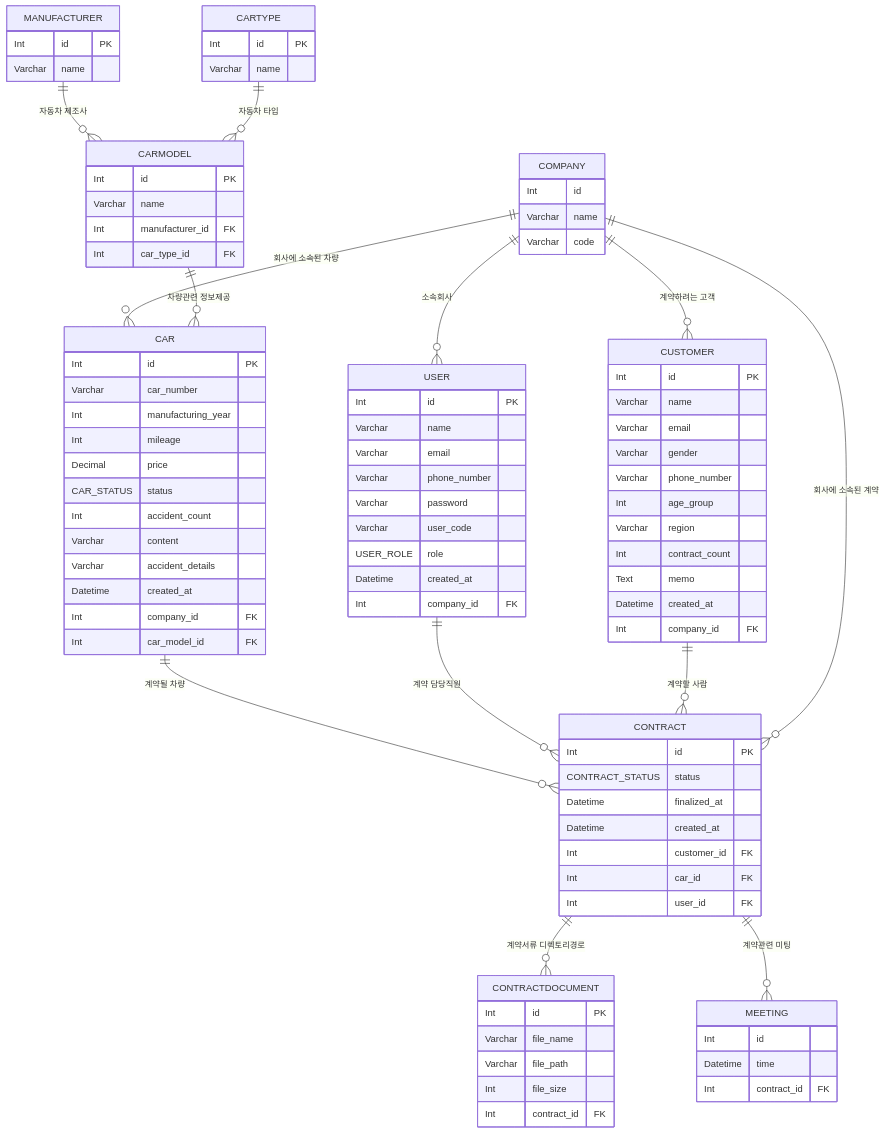
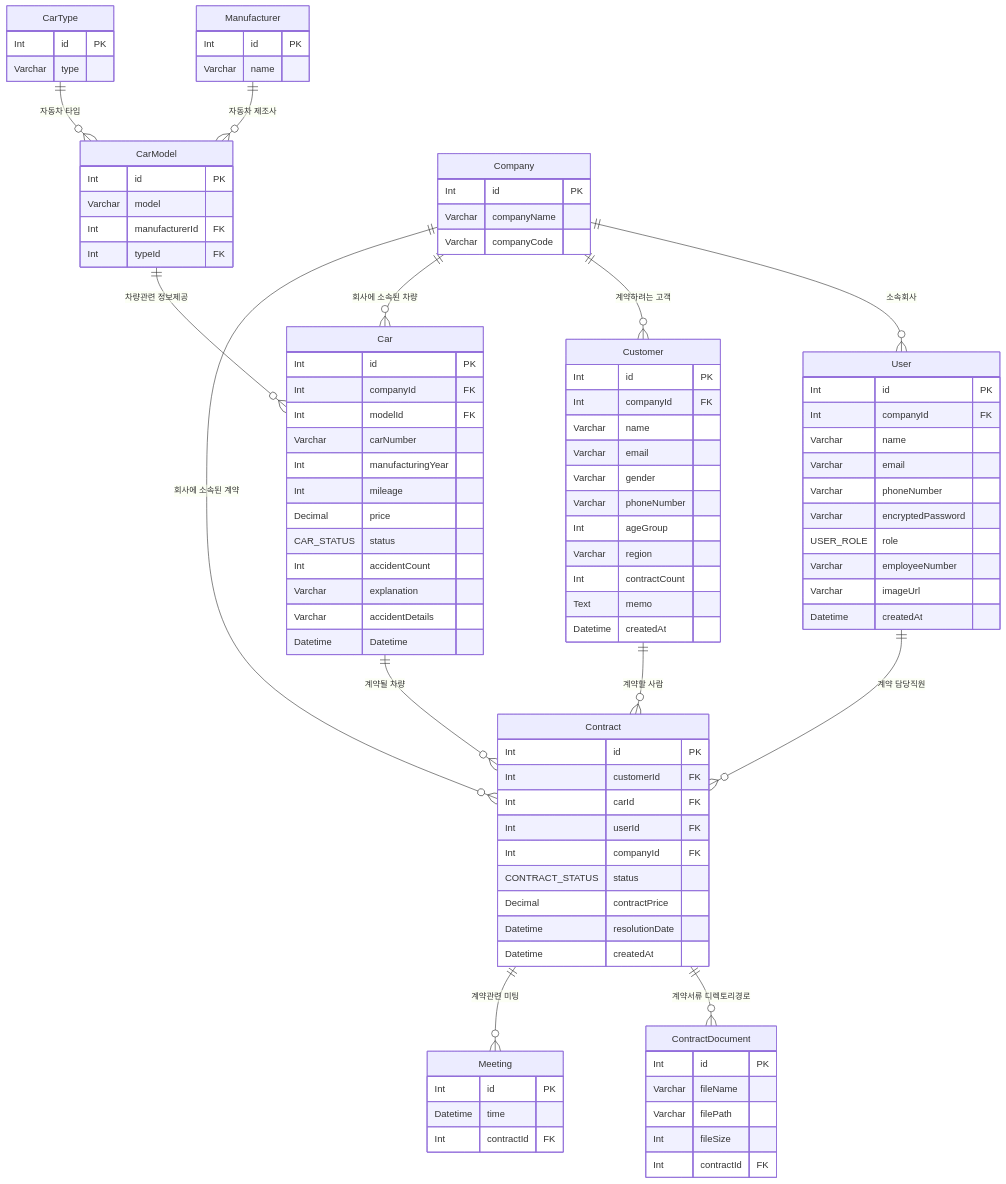
The diagram in README.md (NB-1-DearCarmate/1-DearCarmate-3), drawn with Mermaid before and after one commit. The commit also changed 7 other files, not shown here.

````diff
--- a/README.md
+++ b/README.md
@@ -1,110 +1,107 @@
 ```mermaid
 erDiagram
-USER {
+User {
   Int id PK
+  Int companyId FK
   Varchar name
   Varchar email
-  Varchar phone_number
-  Varchar password
-  Varchar user_code
+  Varchar phoneNumber
+  Varchar encryptedPassword
   USER_ROLE role
-  Datetime created_at
-  Int company_id FK
+  Varchar employeeNumber
+  Varchar imageUrl
+  Datetime createdAt
 }
-%% ENUM TYPE: USER_ROLE
-%% VALUES: ADMIN, OWNER, EMPLOYEE
 
-CUSTOMER{
+Customer {
   Int id PK
+  Int companyId FK
   Varchar name
   Varchar email
   Varchar gender
-  Varchar phone_number
-  Int age_group
+  Varchar phoneNumber
+  Int ageGroup
   Varchar region
-  Int contract_count
+  Int contractCount
   Text memo
-  Datetime created_at
-  Int company_id FK
+  Datetime createdAt
 }
 
-CAR{
+Car {
   Int id PK
-  Varchar car_number
-  Int manufacturing_year
+  Int companyId FK
+  Int modelId FK
+  Varchar carNumber
+  Int manufacturingYear
   Int mileage
   Decimal price
   CAR_STATUS status
-  Int accident_count
-  Varchar content
-  Varchar accident_details
-  Datetime created_at
-  Int company_id FK
-  Int car_model_id FK
-}
-%% ENUM TYPE: CAR_STATUS
-%% VALUES: AVAILABLE, PENDING, SOLD
-
-CONTRACT{
-  Int id PK
-  CONTRACT_STATUS status
-  Datetime finalized_at
-  Datetime created_at
-  Int customer_id FK
-  Int car_id FK
-  Int user_id FK
-}
-%% ENUM TYPE: CONTRACT_STATUS
-%% VALUES: VEHICLE_CHECKING, PRICE_CHECKING, CONTRACT_PREPARING, CONTRACT_SUCCESS, CONTRACT_FAILED
-
-CONTRACTDOCUMENT{
-  Int id PK
-  Varchar file_name
-  Varchar file_path
-  Int     file_size
-  Int contract_id FK
+  Int accidentCount
+  Varchar explanation
+  Varchar accidentDetails
+  Datetime Datetime
 }
 
-MANUFACTURER{
+Contract {
+  Int id PK
+  Int customerId FK
+  Int carId FK
+  Int userId FK
+  Int companyId FK
+  CONTRACT_STATUS status
+  Decimal contractPrice
+  Datetime resolutionDate
+  Datetime createdAt
+}
+
+ContractDocument {
+  Int id PK
+  Varchar fileName
+  Varchar filePath
+  Int fileSize
+  Int contractId FK
+}
+
+Manufacturer {
   Int id PK
   Varchar name
 }
 
-CARTYPE{
+CarType {
   Int id PK
-  Varchar name
+  Varchar type
 }
 
-CARMODEL{
+CarModel {
   Int id PK
-  Varchar name
-  Int manufacturer_id FK
-  Int car_type_id FK
+  Varchar model
+  Int manufacturerId FK
+  Int typeId FK
 }
 
-MEETING{
-  Int id
+Meeting {
+  Int id PK
   Datetime time
-  Int contract_id FK
+  Int contractId FK
 }
 
-COMPANY{
-  Int id
-  Varchar name
-  Varchar code
+Company {
+  Int id PK
+  Varchar companyName
+  Varchar companyCode
 }
 
-    COMPANY ||--o{ USER : "소속회사"
-    COMPANY ||--o{ CUSTOMER  : "계약하려는 고객"
-    COMPANY ||--o{ CAR : "회사에 소속된 차량"
-    CARMODEL ||--o{ CAR : "차량관련 정보제공"
-    CAR ||--o{ CONTRACT : "계약될 차량"
-    USER ||--o{ CONTRACT : "계약 담당직원"
-    CUSTOMER ||--o{ CONTRACT : "계약할 사람"
-    COMPANY ||--o{ CONTRACT : "회사에 소속된 계약"
-    CONTRACT ||--o{ CONTRACTDOCUMENT : "계약서류 디렉토리경로"
-    MANUFACTURER ||--o{ CARMODEL : "자동차 제조사"
-    CARTYPE ||--o{ CARMODEL : "자동차 타입"
-    CONTRACT ||--o{ MEETING : "계약관련 미팅"
+Company ||--o{ User : "소속회사"
+Company ||--o{ Customer : "계약하려는 고객"
+Company ||--o{ Car : "회사에 소속된 차량"
+Company ||--o{ Contract : "회사에 소속된 계약"
+CarModel ||--o{ Car : "차량관련 정보제공"
+Car ||--o{ Contract : "계약될 차량"
+User ||--o{ Contract : "계약 담당직원"
+Customer ||--o{ Contract : "계약할 사람"
+Contract ||--o{ ContractDocument : "계약서류 디렉토리경로"
+Manufacturer ||--o{ CarModel : "자동차 제조사"
+CarType ||--o{ CarModel : "자동차 타입"
+Contract ||--o{ Meeting : "계약관련 미팅"
 
 ```
````
